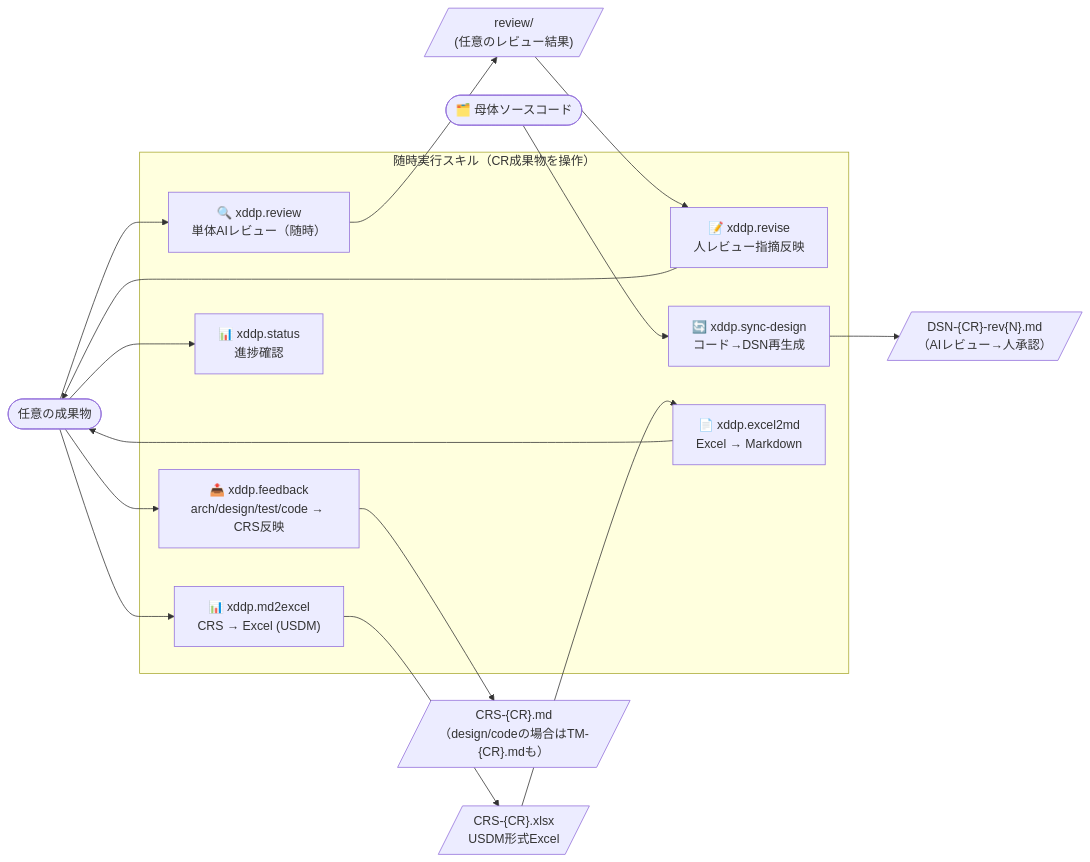
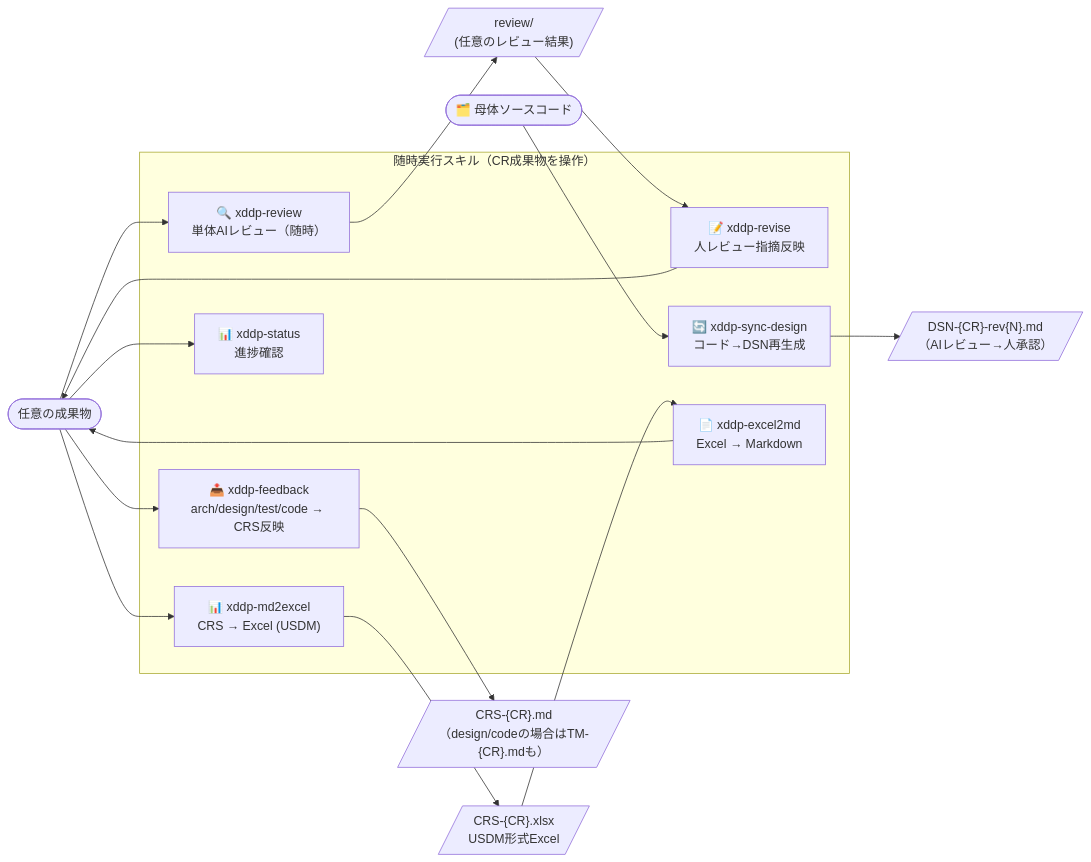
The fourth of 5 diagrams in docs/xddp-process-dfd.md (tsuna44/XddpSettings), drawn with Mermaid before and after one commit. The commit also changed other lines of this file and 318 other files, not shown here.

````diff
--- a/docs/xddp-process-dfd.md
+++ b/docs/xddp-process-dfd.md
@@ -204,28 +204,28 @@
 ```mermaid
 flowchart LR
     DOC(["任意の成果物"])
     SRC2(["🗂️ 母体ソースコード"])
 
     subgraph UTILS["随時実行スキル（CR成果物を操作）"]
-        REV["🔍 xddp.review<br/>単体AIレビュー（随時）"]
-        RVS["📝 xddp.revise<br/>人レビュー指摘反映"]
-        FDB["📤 xddp.feedback<br/>arch/design/test/code → CRS反映"]
-        SYNC["🔄 xddp.sync-design<br/>コード→DSN再生成"]
-        STS["📊 xddp.status<br/>進捗確認"]
-        M2E["📊 xddp.md2excel<br/>CRS → Excel (USDM)"]
-        E2M["📄 xddp.excel2md<br/>Excel → Markdown"]
+        REV["🔍 xddp-review<br/>単体AIレビュー（随時）"]
+        RVS["📝 xddp-revise<br/>人レビュー指摘反映"]
+        FDB["📤 xddp-feedback<br/>arch/design/test/code → CRS反映"]
+        SYNC["🔄 xddp-sync-design<br/>コード→DSN再生成"]
+        STS["📊 xddp-status<br/>進捗確認"]
+        M2E["📊 xddp-md2excel<br/>CRS → Excel (USDM)"]
+        E2M["📄 xddp-excel2md<br/>Excel → Markdown"]
     end
 
     REVIEW_OUT[/"review/<br/>(任意のレビュー結果)"/]
     EXCEL_OUT[/"CRS-{CR}.xlsx<br/>USDM形式Excel"/]
     CRS_OUT[/"CRS-{CR}.md<br/>（design/codeの場合はTM-{CR}.mdも）"/]
     DSN_REV_OUT[/"DSN-{CR}-rev{N}.md<br/>（AIレビュー→人承認）"/]
 
     DOC --> REV --> REVIEW_OUT
     REVIEW_OUT --> RVS --> DOC
     DOC --> FDB --> CRS_OUT
     SRC2 --> SYNC --> DSN_REV_OUT
     DOC --> STS
     DOC --> M2E --> EXCEL_OUT
     EXCEL_OUT --> E2M --> DOC
 ```
````
